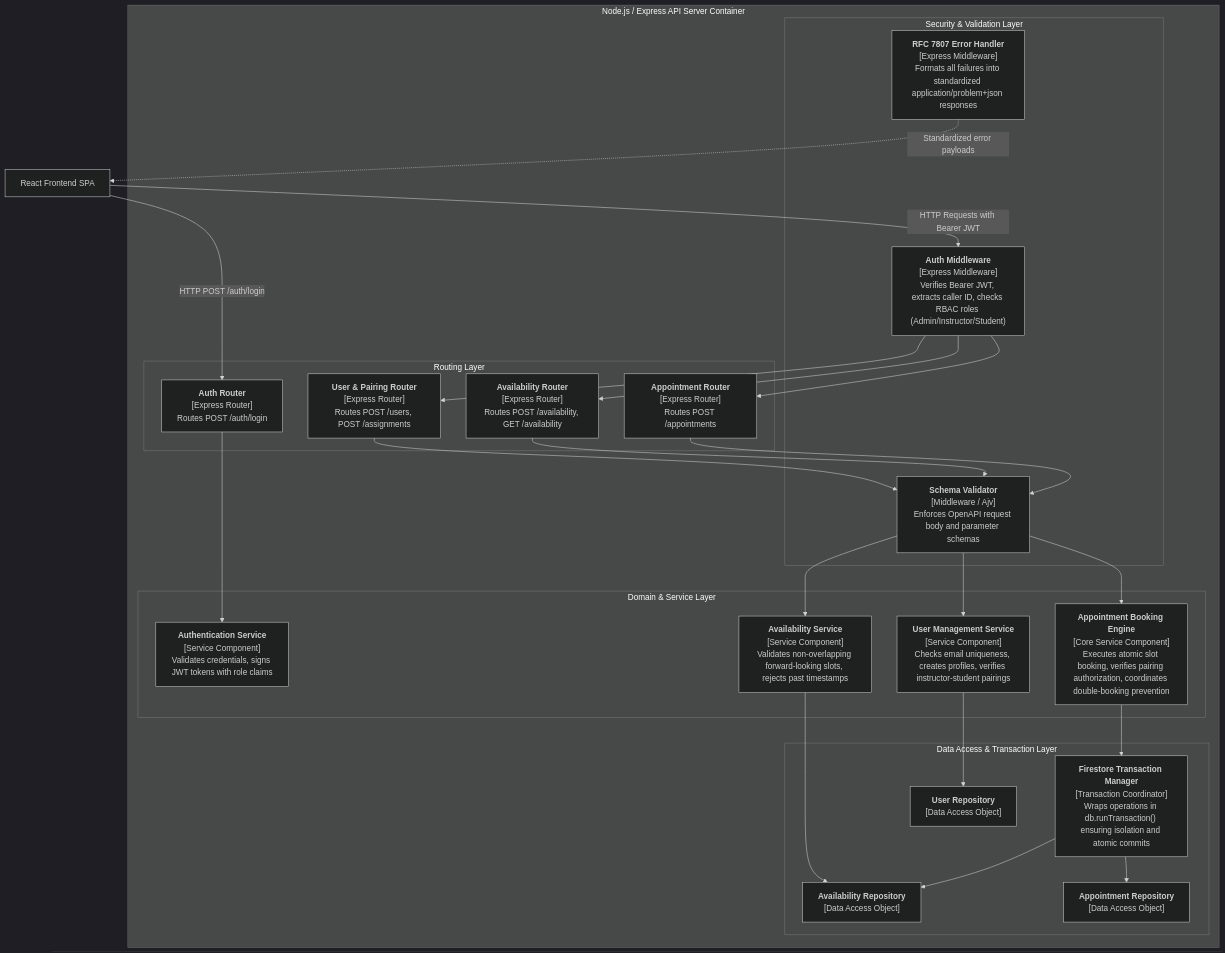
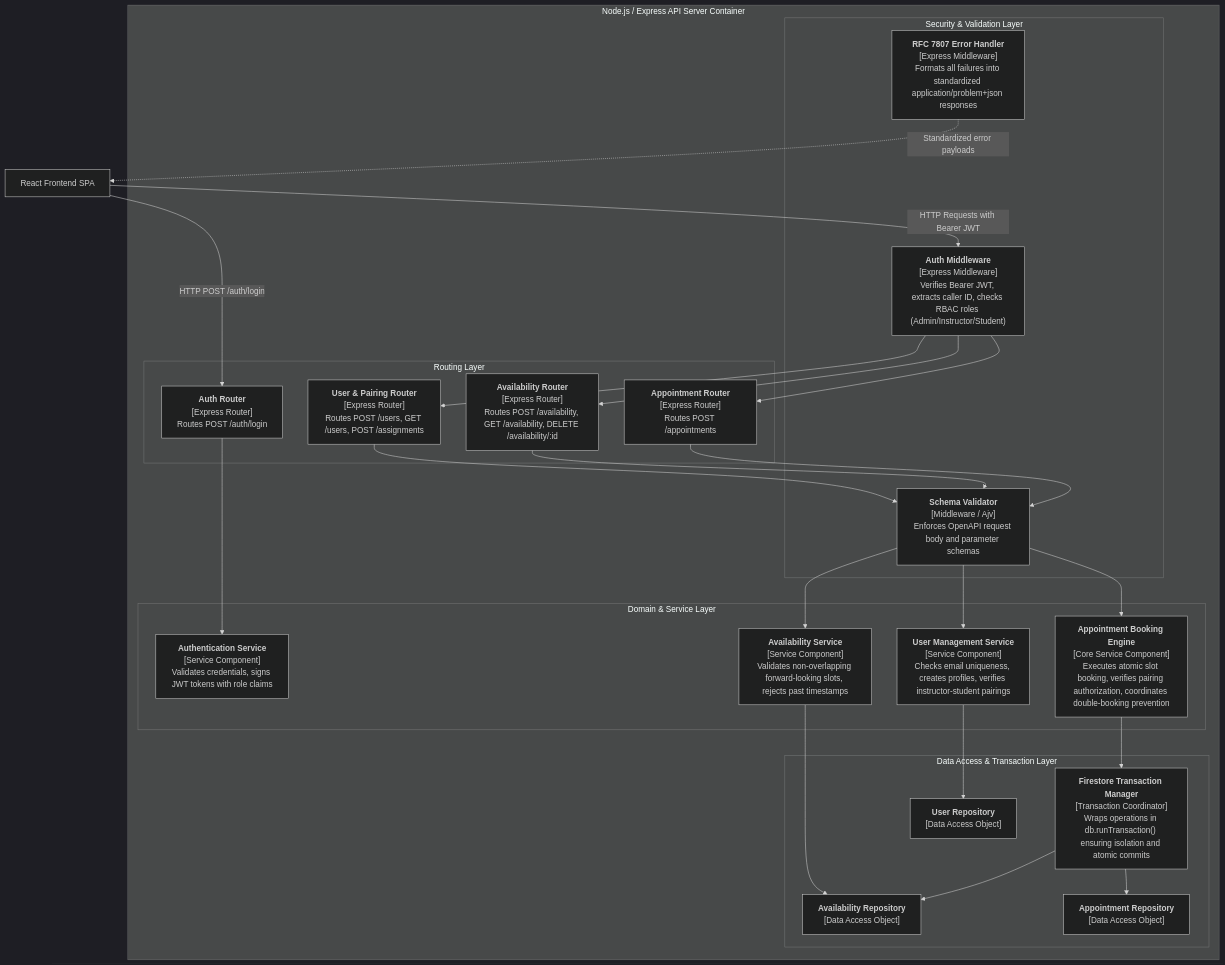
One commit to SENG321-SchedulingSystem/Appointment-and-Class-Scheduling-System changed the third of 4 diagrams in docs/Architecture.md. Above: the diagram before and after it, drawn with Mermaid (dark theme). The commit also changed other lines of this file, not shown here.

Commit message:
docs(architecture): update API contract reference to v0.3.0 and add missing routes in C4 component diagram

````diff
--- a/docs/Architecture.md
+++ b/docs/Architecture.md
@@ -108,52 +108,52 @@
 ```mermaid
 graph TD
   subgraph ExpressApp [Node.js / Express API Server Container]
     subgraph RoutingLayer [Routing Layer]
       AuthRouter["<b>Auth Router</b><br/>[Express Router]<br/>Routes POST /auth/login"]
-      UserRouter["<b>User & Pairing Router</b><br/>[Express Router]<br/>Routes POST /users, POST /assignments"]
-      AvailRouter["<b>Availability Router</b><br/>[Express Router]<br/>Routes POST /availability, GET /availability"]
+      UserRouter["<b>User & Pairing Router</b><br/>[Express Router]<br/>Routes POST /users, GET /users, POST /assignments"]
+      AvailRouter["<b>Availability Router</b><br/>[Express Router]<br/>Routes POST /availability, GET /availability, DELETE /availability/:id"]
       ApptRouter["<b>Appointment Router</b><br/>[Express Router]<br/>Routes POST /appointments"]
     end
 
     subgraph SecurityMiddleware [Security & Validation Layer]
       AuthMiddleware["<b>Auth Middleware</b><br/>[Express Middleware]<br/>Verifies Bearer JWT, extracts caller ID, checks RBAC roles (Admin/Instructor/Student)"]
       SchemaValidator["<b>Schema Validator</b><br/>[Middleware / Ajv]<br/>Enforces OpenAPI request body and parameter schemas"]
       ErrorHandler["<b>RFC 7807 Error Handler</b><br/>[Express Middleware]<br/>Formats all failures into standardized application/problem+json responses"]
     end
 
     subgraph BusinessLogicLayer [Domain & Service Layer]
       AuthService["<b>Authentication Service</b><br/>[Service Component]<br/>Validates credentials, signs JWT tokens with role claims"]
       UserService["<b>User Management Service</b><br/>[Service Component]<br/>Checks email uniqueness, creates profiles, verifies instructor-student pairings"]
       AvailabilityService["<b>Availability Service</b><br/>[Service Component]<br/>Validates non-overlapping forward-looking slots, rejects past timestamps"]
       AppointmentEngine["<b>Appointment Booking Engine</b><br/>[Core Service Component]<br/>Executes atomic slot booking, verifies pairing authorization, coordinates double-booking prevention"]
     end
 
     subgraph PersistenceLayer [Data Access & Transaction Layer]
       TxManager["<b>Firestore Transaction Manager</b><br/>[Transaction Coordinator]<br/>Wraps operations in db.runTransaction() ensuring isolation and atomic commits"]
       UserRepo["<b>User Repository</b><br/>[Data Access Object]"]
       AvailRepo["<b>Availability Repository</b><br/>[Data Access Object]"]
       ApptRepo["<b>Appointment Repository</b><br/>[Data Access Object]"]
     end
   end
 
   ClientApp[React Frontend SPA] -->|HTTP POST /auth/login| AuthRouter
   ClientApp -->|HTTP Requests with Bearer JWT| AuthMiddleware
 
   AuthMiddleware --> UserRouter
   AuthMiddleware --> AvailRouter
   AuthMiddleware --> ApptRouter
 
   UserRouter --> SchemaValidator --> UserService
   AvailRouter --> SchemaValidator --> AvailabilityService
   ApptRouter --> SchemaValidator --> AppointmentEngine
   AuthRouter --> AuthService
 
   UserService --> UserRepo
   AvailabilityService --> AvailRepo
   AppointmentEngine --> TxManager
 
   TxManager --> AvailRepo
   TxManager --> ApptRepo
 
   ErrorHandler -.->|Standardized error payloads| ClientApp
 ```
````
